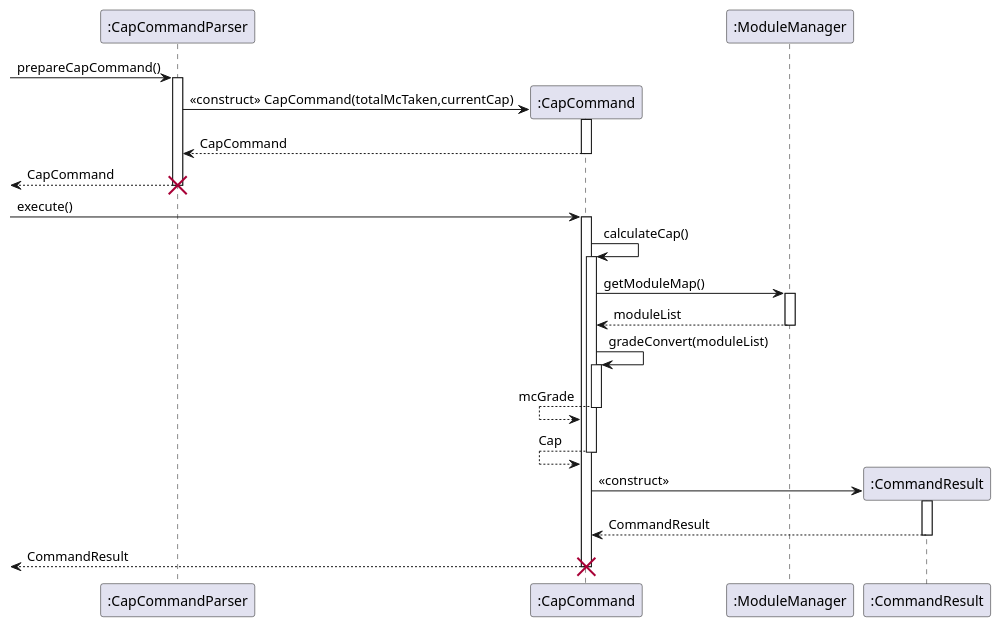
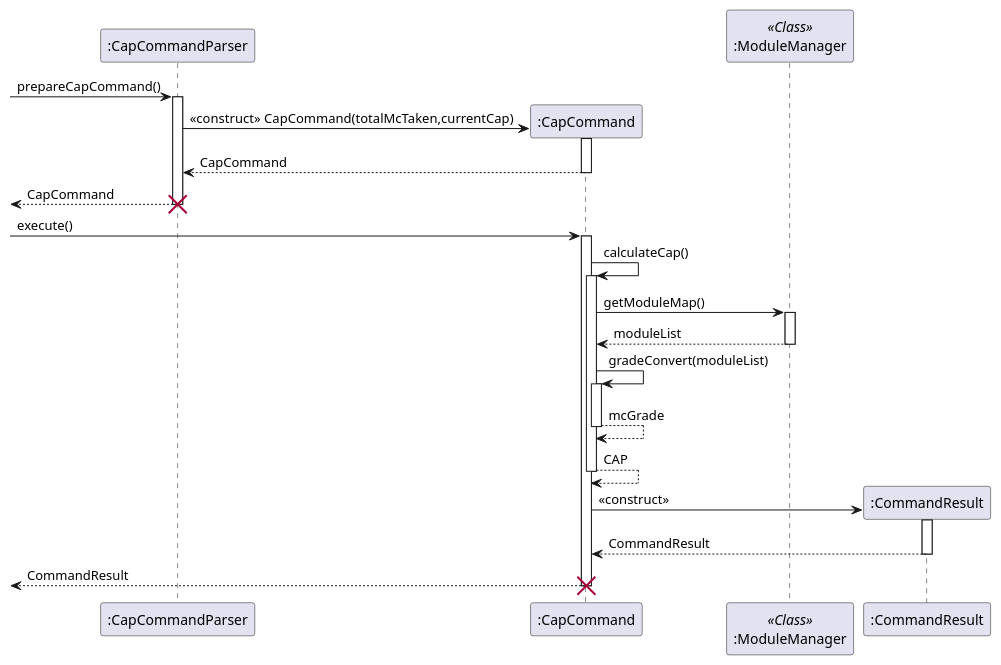
Before and after one commit to wangqinNick/tp: the diagram in docs/diagrams/UML/CapCommandSequenceDiagram.puml, drawn with PlantUML. The commit also changed 3 other files, not shown here.

Commit message:
Simplified Grade and CAP sequence diagrams

```diff
--- a/docs/diagrams/UML/CapCommandSequenceDiagram.puml
+++ b/docs/diagrams/UML/CapCommandSequenceDiagram.puml
@@ -1,34 +1,23 @@
 @startuml
--> ":CapCommandParser" : prepareCapCommand()
-activate ":CapCommandParser"
-create ":CapCommand"
-":CapCommandParser" -> ":CapCommand" : <<construct>> CapCommand(totalMcTaken,currentCap)
-activate ":CapCommand"
-":CapCommandParser" <-- ":CapCommand" : CapCommand
-deactivate ":CapCommand"
-<-- ":CapCommandParser" : CapCommand
-destroy ":CapCommandParser"
-deactivate ":CapCommandParser"
--> ":CapCommand" : execute()
-activate ":CapCommand"
-":CapCommand" -> ":CapCommand" : calculateCap()
-activate ":CapCommand"
-":CapCommand" -> ":ModuleManager" : getModuleMap()
-activate ":ModuleManager"
-":CapCommand" <-- ":ModuleManager" : moduleList
-deactivate ":ModuleManager"
-":CapCommand" -> ":CapCommand" : gradeConvert(moduleList)
-activate ":CapCommand"
-":CapCommand" <-- ":CapCommand" : mcGrade
-deactivate ":CapCommand"
-":CapCommand" <-- ":CapCommand" : Cap
-deactivate ":CapCommand"
-create ":CommandResult"
-":CapCommand" -> ":CommandResult" : <<construct>>
-activate ":CommandResult"
-":CapCommand" <-- ":CommandResult" : CommandResult
-deactivate ":CommandResult"
-<-- ":CapCommand" : CommandResult
-deactivate ":CapCommand"
-destroy ":CapCommand"
+
+-> ":CapCommandParser" ++ : prepareCapCommand()
+    ":CapCommandParser" -> ":CapCommand" ** : <<construct>> CapCommand(totalMcTaken,currentCap)
+    activate ":CapCommand"
+    return CapCommand
+<-- ":CapCommandParser" !! : CapCommand
+
+-> ":CapCommand" ++ : execute()
+    ":CapCommand" -> ":CapCommand" ++ : calculateCap()
+        participant ":ModuleManager" as MM << Class >>
+        ":CapCommand" -> MM ++ : getModuleMap()
+        return moduleList
+
+        ":CapCommand" -> ":CapCommand" ++ : gradeConvert(moduleList)
+        return mcGrade
+    return CAP
+
+    create ":CommandResult"
+    ":CapCommand" -> ":CommandResult" ++ : <<construct>>
+    return CommandResult
+<-- ":CapCommand" !! : CommandResult
 @enduml
```
